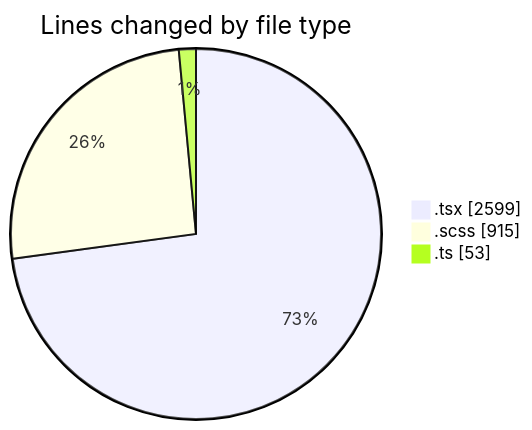
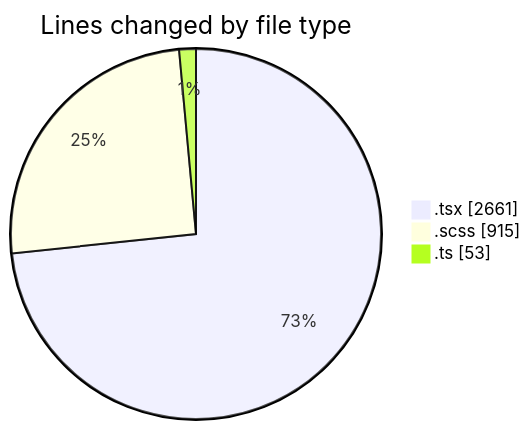
One commit to momahboobian/code-tracking changed the first of 2 diagrams in 2025-03-27/cda/README.md. Above: the diagram before and after it, drawn with Mermaid. The commit also changed other lines of this file and 1 other file, not shown here.

````diff
--- a/2025-03-27/cda/README.md
+++ b/2025-03-27/cda/README.md
@@ -40,7 +40,7 @@
 ```mermaid
 pie showData
 title Lines changed by file type
-".tsx" : 2599
+".tsx" : 2661
 ".scss" : 915
 ".ts" : 53
 ```
````
